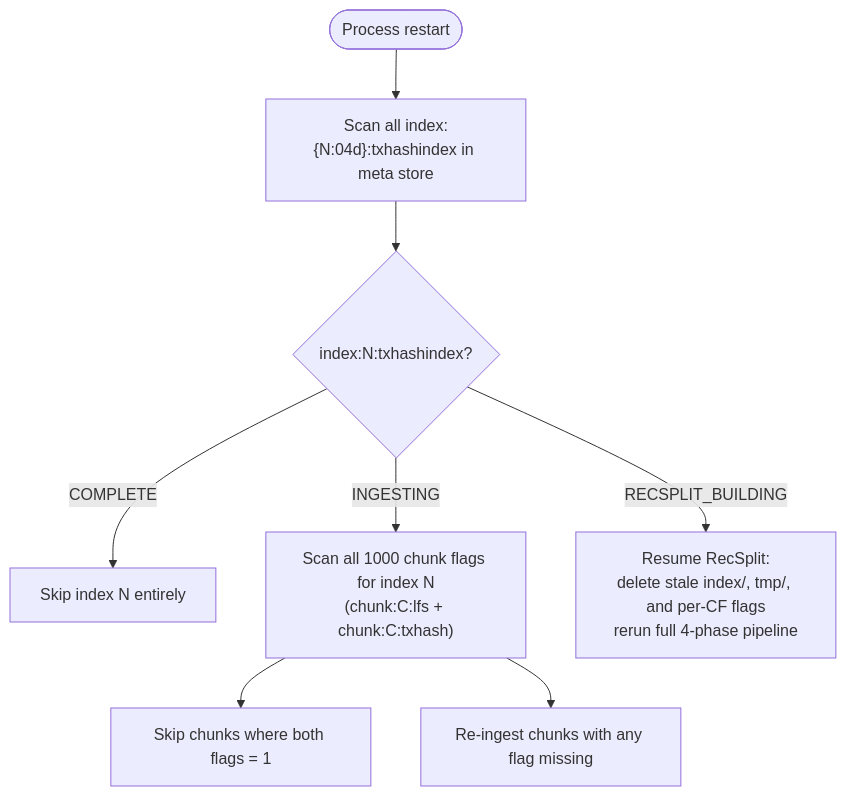
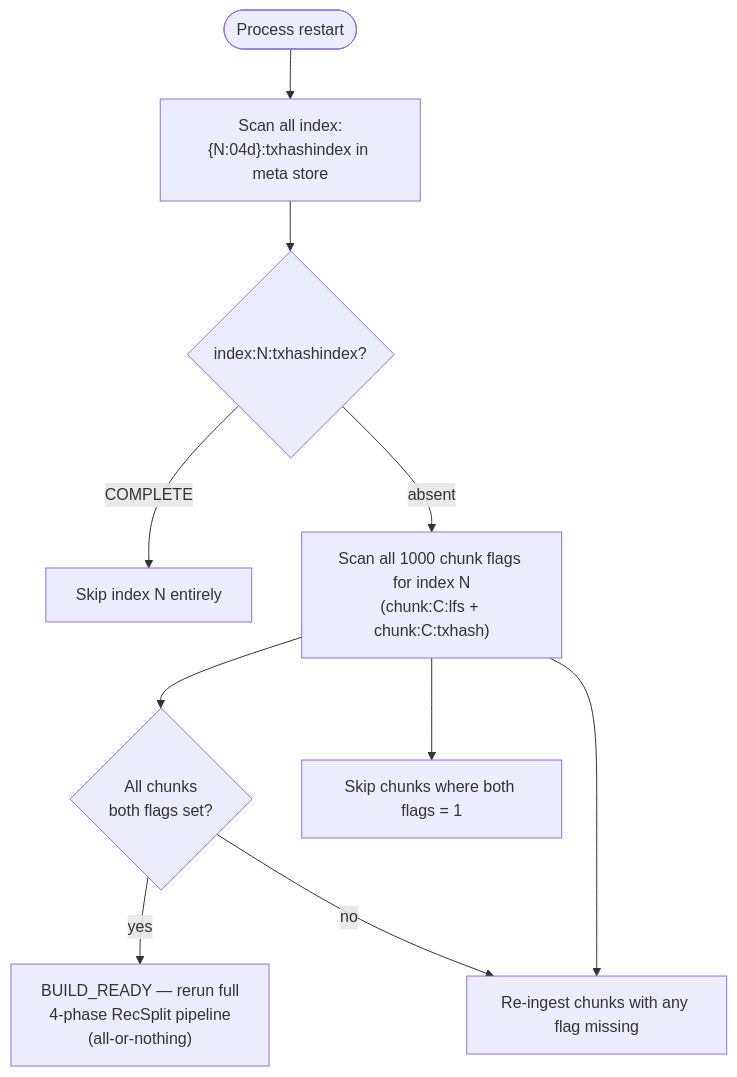
Diagram 11 of 12 in full-history/design-docs/01-architecture-overview.md (stellar/stellar-rpc), drawn with Mermaid before and after one commit. The commit also changed other lines of this file and 10 other files, not shown here.

````diff
--- a/full-history/design-docs/01-architecture-overview.md
+++ b/full-history/design-docs/01-architecture-overview.md
@@ -313,10 +313,12 @@
 ```mermaid
 flowchart TD
     START(["Process restart"]) --> SCAN_RANGES["Scan all index:{N:04d}:txhashindex in meta store"]
     SCAN_RANGES --> CHECK_RANGE{index:N:txhashindex?}
     CHECK_RANGE -->|COMPLETE| SKIP_RANGE["Skip index N entirely"]
-    CHECK_RANGE -->|INGESTING| SCAN_CHUNKS["Scan all 1000 chunk flags for index N\n(chunk:C:lfs + chunk:C:txhash)"]
-    CHECK_RANGE -->|RECSPLIT_BUILDING| RESUME_RS["Resume RecSplit:\ndelete stale index/, tmp/, and per-CF flags\nrerun full 4-phase pipeline"]
+    CHECK_RANGE -->|absent| SCAN_CHUNKS["Scan all 1000 chunk flags for index N\n(chunk:C:lfs + chunk:C:txhash)"]
+    SCAN_CHUNKS --> ALL_DONE{All chunks\nboth flags set?}
+    ALL_DONE -->|yes| RESUME_RS["BUILD_READY — rerun full\n4-phase RecSplit pipeline\n(all-or-nothing)"]
+    ALL_DONE -->|no| REDO
     SCAN_CHUNKS --> SKIP_DONE["Skip chunks where both flags = 1"]
     SCAN_CHUNKS --> REDO["Re-ingest chunks with any flag missing"]
 ```
````
